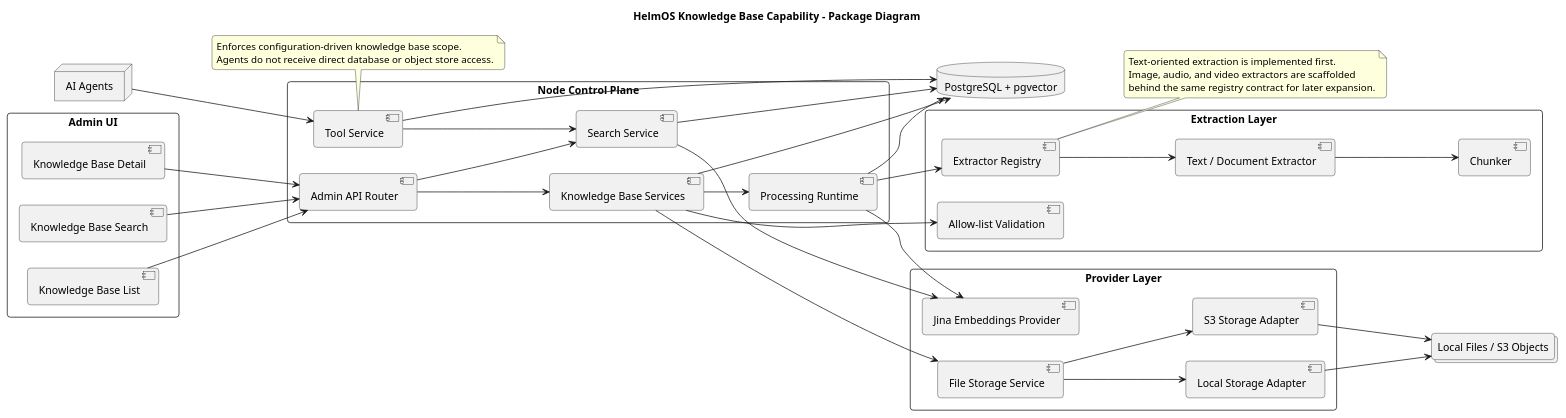
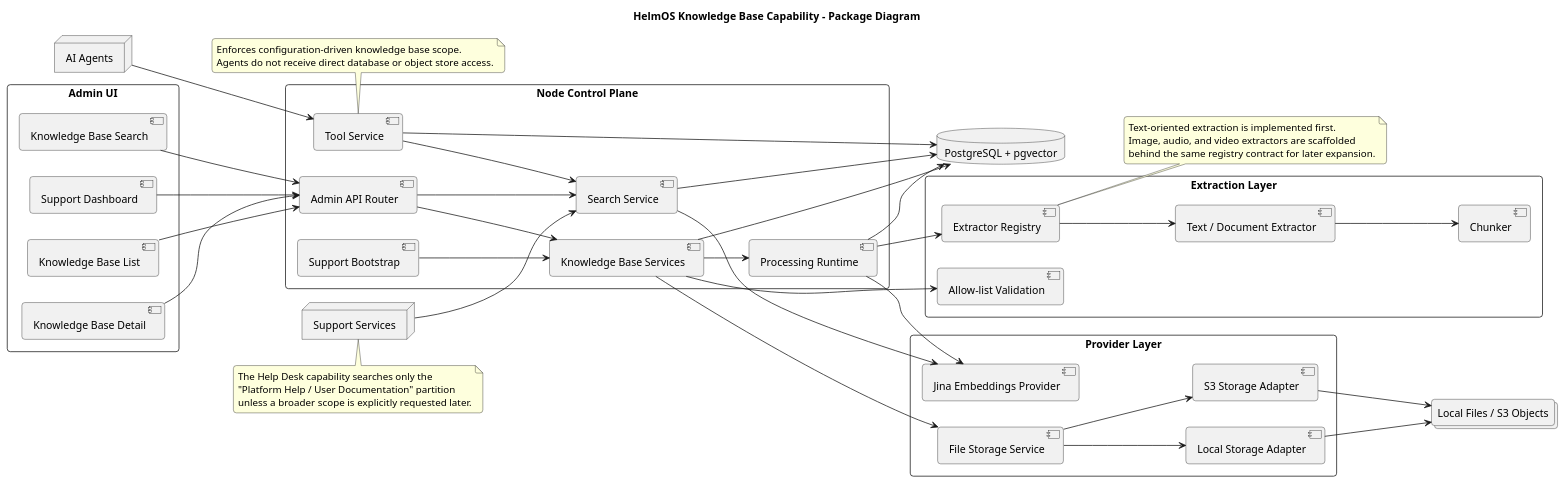
Before and after one commit to ralfepoisson/HelmOS: the diagram in docs/knowledge_base_architecture.puml, drawn with PlantUML. The commit also changed 47 other files, not shown here.

Commit message:
feat: Added user support system.

```diff
--- a/docs/knowledge_base_architecture.puml
+++ b/docs/knowledge_base_architecture.puml
@@ -1,80 +1,92 @@
 @startuml
 skinparam packageStyle rectangle
 skinparam shadowing false
 skinparam roundcorner 8
 skinparam defaultFontName Arial
 left to right direction
 
 title HelmOS Knowledge Base Capability - Package Diagram
 
 package "Admin UI" {
   [Knowledge Base List]
   [Knowledge Base Detail]
   [Knowledge Base Search]
+  [Support Dashboard]
 }
 
 package "Node Control Plane" {
   [Admin API Router]
   [Knowledge Base Services]
   [Search Service]
   [Tool Service]
   [Processing Runtime]
+  [Support Bootstrap]
 }
 
 package "Extraction Layer" {
   [Allow-list Validation]
   [Extractor Registry]
   [Text / Document Extractor]
   [Chunker]
 }
 
 package "Provider Layer" {
   [Jina Embeddings Provider]
   [File Storage Service]
   [Local Storage Adapter]
   [S3 Storage Adapter]
 }
 
 database "PostgreSQL + pgvector" as db
 collections "Local Files / S3 Objects" as objectStore
 node "AI Agents" as agents
+node "Support Services" as support
 
 [Knowledge Base List] --> [Admin API Router]
 [Knowledge Base Detail] --> [Admin API Router]
 [Knowledge Base Search] --> [Admin API Router]
+[Support Dashboard] --> [Admin API Router]
 
 [Admin API Router] --> [Knowledge Base Services]
 [Admin API Router] --> [Search Service]
+[Support Bootstrap] --> [Knowledge Base Services]
 [Knowledge Base Services] --> [Allow-list Validation]
 [Knowledge Base Services] --> [File Storage Service]
 [Knowledge Base Services] --> [Processing Runtime]
 
 [Processing Runtime] --> [Extractor Registry]
 [Extractor Registry] --> [Text / Document Extractor]
 [Text / Document Extractor] --> [Chunker]
 [Processing Runtime] --> [Jina Embeddings Provider]
 [Processing Runtime] --> db
 
 [Search Service] --> [Jina Embeddings Provider]
 [Search Service] --> db
 [Tool Service] --> [Search Service]
 [Tool Service] --> db
 agents --> [Tool Service]
+support --> [Search Service]
 
 [File Storage Service] --> [Local Storage Adapter]
 [File Storage Service] --> [S3 Storage Adapter]
 [Local Storage Adapter] --> objectStore
 [S3 Storage Adapter] --> objectStore
 [Knowledge Base Services] --> db
 
 note right of [Extractor Registry]
 Text-oriented extraction is implemented first.
 Image, audio, and video extractors are scaffolded
 behind the same registry contract for later expansion.
 end note
 
 note bottom of [Tool Service]
 Enforces configuration-driven knowledge base scope.
 Agents do not receive direct database or object store access.
 end note
+
+note bottom of support
+The Help Desk capability searches only the
+"Platform Help / User Documentation" partition
+unless a broader scope is explicitly requested later.
+end note
 @enduml
```
